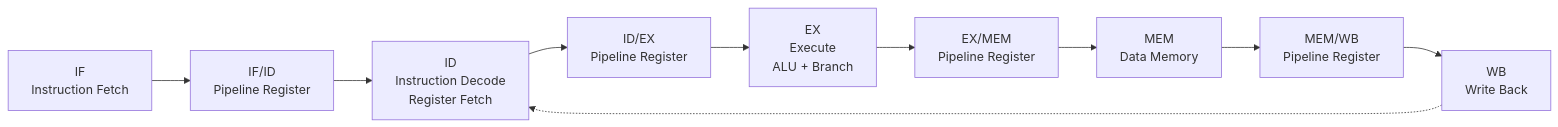
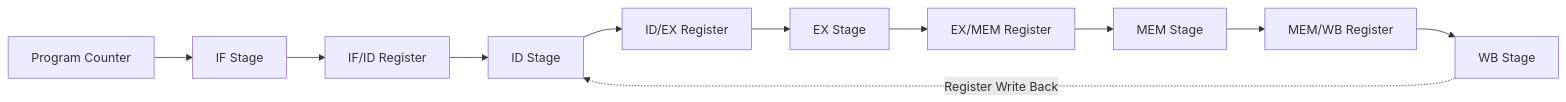
Before and after one commit to Maanas-Khatokar-N/Pipelined-RV32I-RISC-V-Processor: the diagram in README.md, drawn with Mermaid. The commit also changed other lines of this file, not shown here.

````diff
--- a/README.md
+++ b/README.md
@@ -31,12 +51,13 @@
 ```mermaid
 flowchart LR
-    A[IF<br/>Instruction Fetch] --> B[IF/ID<br/>Pipeline Register]
-    B --> C[ID<br/>Instruction Decode<br/>Register Fetch]
-    C --> D[ID/EX<br/>Pipeline Register]
-    D --> E[EX<br/>Execute<br/>ALU + Branch]
-    E --> F[EX/MEM<br/>Pipeline Register]
-    F --> G[MEM<br/>Data Memory]
-    G --> H[MEM/WB<br/>Pipeline Register]
-    H --> I[WB<br/>Write Back]
-    I -.-> C
+    PC[Program Counter] --> IF[IF Stage]
+    IF --> IFID[IF/ID Register]
+    IFID --> ID[ID Stage]
+    ID --> IDEX[ID/EX Register]
+    IDEX --> EX[EX Stage]
+    EX --> EXMEM[EX/MEM Register]
+    EXMEM --> MEM[MEM Stage]
+    MEM --> MEMWB[MEM/WB Register]
+    MEMWB --> WB[WB Stage]
+    WB -. Register Write Back .-> ID
 ```
````
